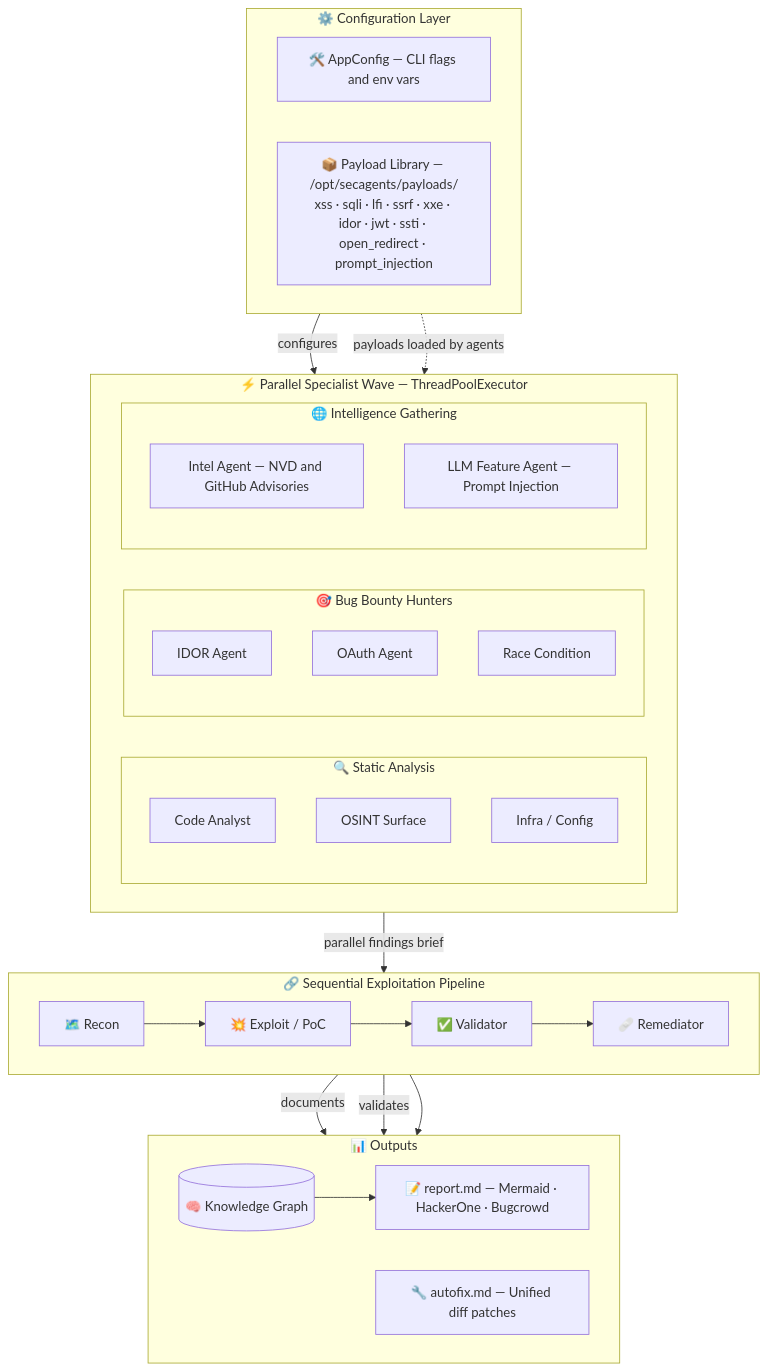
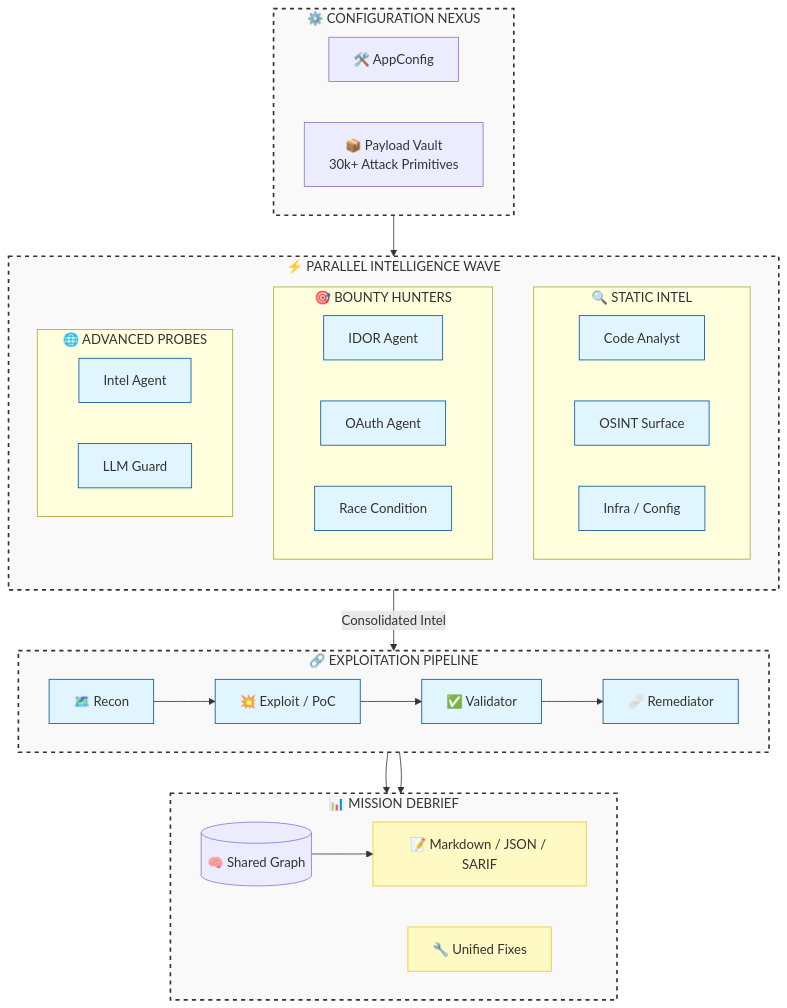
The diagram in README.md (gl1tch0x1/SecAgents), drawn with Mermaid before and after one commit. The commit also changed other lines of this file, not shown here.

````diff
--- a/README.md
+++ b/README.md
@@ -56,55 +29,62 @@
 ```mermaid
 flowchart TB
+    %% ── Style Definitions ────────────────────────────────────────────────
+    classDef layer fill:#f9f9f9,stroke:#333,stroke-width:2px,stroke-dasharray: 5 5;
+    classDef agent fill:#e1f5fe,stroke:#01579b,stroke-width:1px;
+    classDef output fill:#fff9c4,stroke:#fbc02d,stroke-width:1px;
+
     %% ── Layer 0: Configuration ───────────────────────────────────────────
-    subgraph CFG["⚙️  Configuration Layer"]
+    subgraph CFG["⚙️  CONFIGURATION NEXUS"]
         direction LR
-        AC["🛠️ AppConfig — CLI flags and env vars"]
-        PL["📦 Payload Library — /opt/secagents/payloads/\nxss · sqli · lfi · ssrf · xxe · idor · jwt · ssti · open_redirect · prompt_injection"]
+        AC["🛠️ AppConfig"]
+        PL["📦 Payload Vault\n30k+ Attack Primitives"]
     end
 
-    %% ── Layer 1: Parallel Specialist Wave ────────────────────────────────
-    subgraph PSW["⚡  Parallel Specialist Wave — ThreadPoolExecutor"]
-        subgraph STATIC["🔍 Static Analysis"]
-            direction TB
+    %% ── Layer 1: Parallel Specialization ────────────────────────────────
+    subgraph PSW["⚡ PARALLEL INTELLIGENCE WAVE"]
+        direction TB
+        subgraph STATIC["🔍 STATIC INTEL"]
+            direction LR
             CA["Code Analyst"]
             OS["OSINT Surface"]
             IC["Infra / Config"]
         end
-        subgraph BBH["🎯 Bug Bounty Hunters"]
-            direction TB
+        subgraph BBH["🎯 BOUNTY HUNTERS"]
+            direction LR
             ID["IDOR Agent"]
             OA["OAuth Agent"]
             RC["Race Condition"]
         end
-        subgraph INTEL["🌐 Intelligence Gathering"]
-            direction TB
-            IA["Intel Agent — NVD and GitHub Advisories"]
-            LF["LLM Feature Agent — Prompt Injection"]
+        subgraph FUTURE["🌐 ADVANCED PROBES"]
+            direction LR
+            IA["Intel Agent"]
+            LF["LLM Guard"]
         end
     end
 
-    %% ── Layer 2: Sequential Pipeline ─────────────────────────────────────
-    subgraph PIPE["🔗  Sequential Exploitation Pipeline"]
+    %% ── Layer 2: Sequential Execution ──────────────────────────────────
+    subgraph PIPE["🔗 EXPLOITATION PIPELINE"]
         direction LR
         RN["🗺️ Recon"] --> EX["💥 Exploit / PoC"] --> VA["✅ Validator"] --> RM["🩹 Remediator"]
     end
 
-    %% ── Layer 3: Outputs ──────────────────────────────────────────────────
-    subgraph OUT["📊  Outputs"]
+    %% ── Layer 3: Output Repository ──────────────────────────────────────
+    subgraph OUT["📊 MISSION DEBRIEF"]
         direction LR
-        KB[("🧠 Knowledge Graph")]
-        RP["📝 report.md — Mermaid · HackerOne · Bugcrowd"]
-        FX["🔧 autofix.md — Unified diff patches"]
+        KB[("🧠 Shared Graph")]
+        RP["📝 Markdown / JSON / SARIF"]
+        FX["🔧 Unified Fixes"]
     end
 
-    %% ── Connections ───────────────────────────────────────────────────────
-    AC -->|configures| PSW
-    PL -.->|"payloads loaded by agents"| PSW
+    %% ── Connections ──────────────────────────────────────────────────────
+    CFG --> PSW
+    PSW -->|"Consolidated Intel"| PIPE
+    PIPE --> KB
+    KB --> RP
+    PIPE --> FX
 
-    PSW -->|"parallel findings brief"| PIPE
-
-    EX -->|documents| KB
-    VA -->|validates| KB
-    KB --> RP
-    RM --> FX
+    %% ── Apply Styles ─────────────────────────────────────────────────────
+    class CFG,PSW,PIPE,OUT layer;
+    class CA,OS,IC,ID,OA,RC,IA,LF,RN,EX,VA,RM agent;
+    class RP,FX output;
 ```
````
